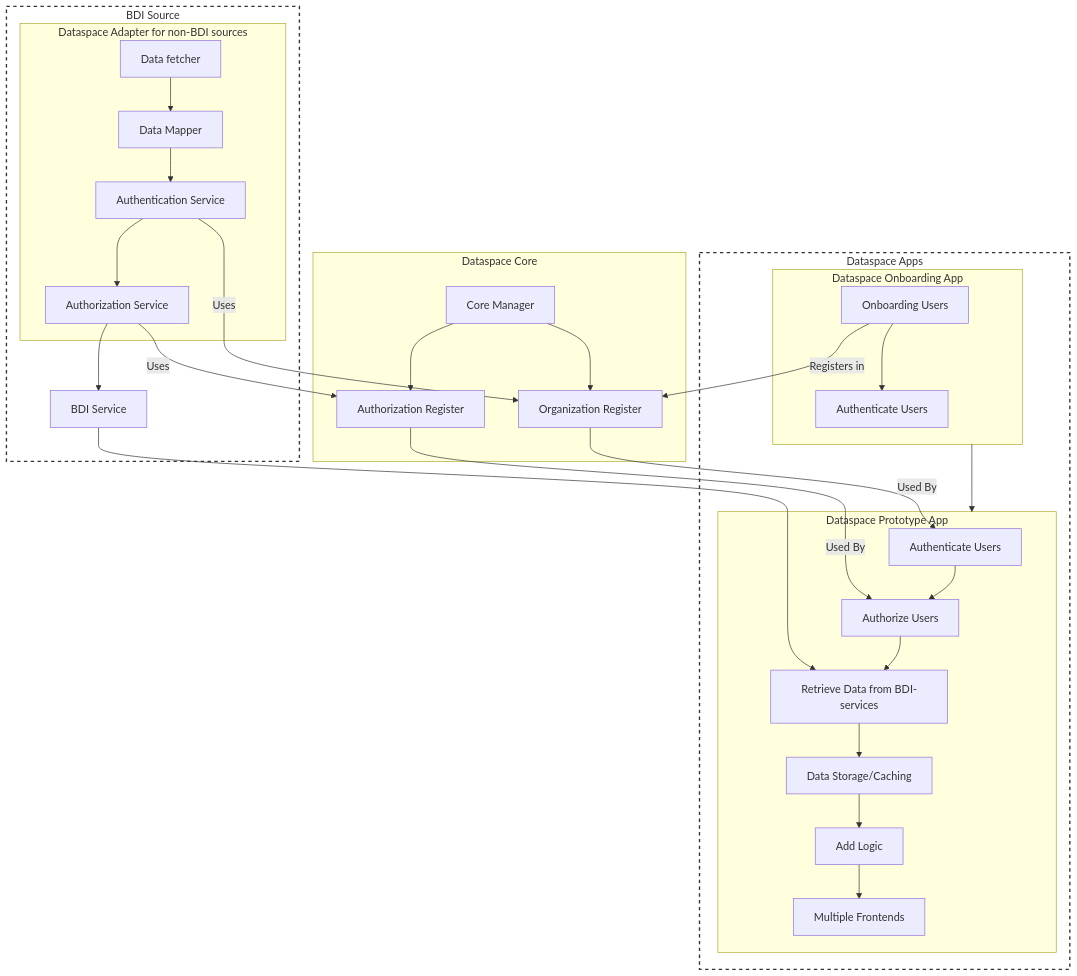
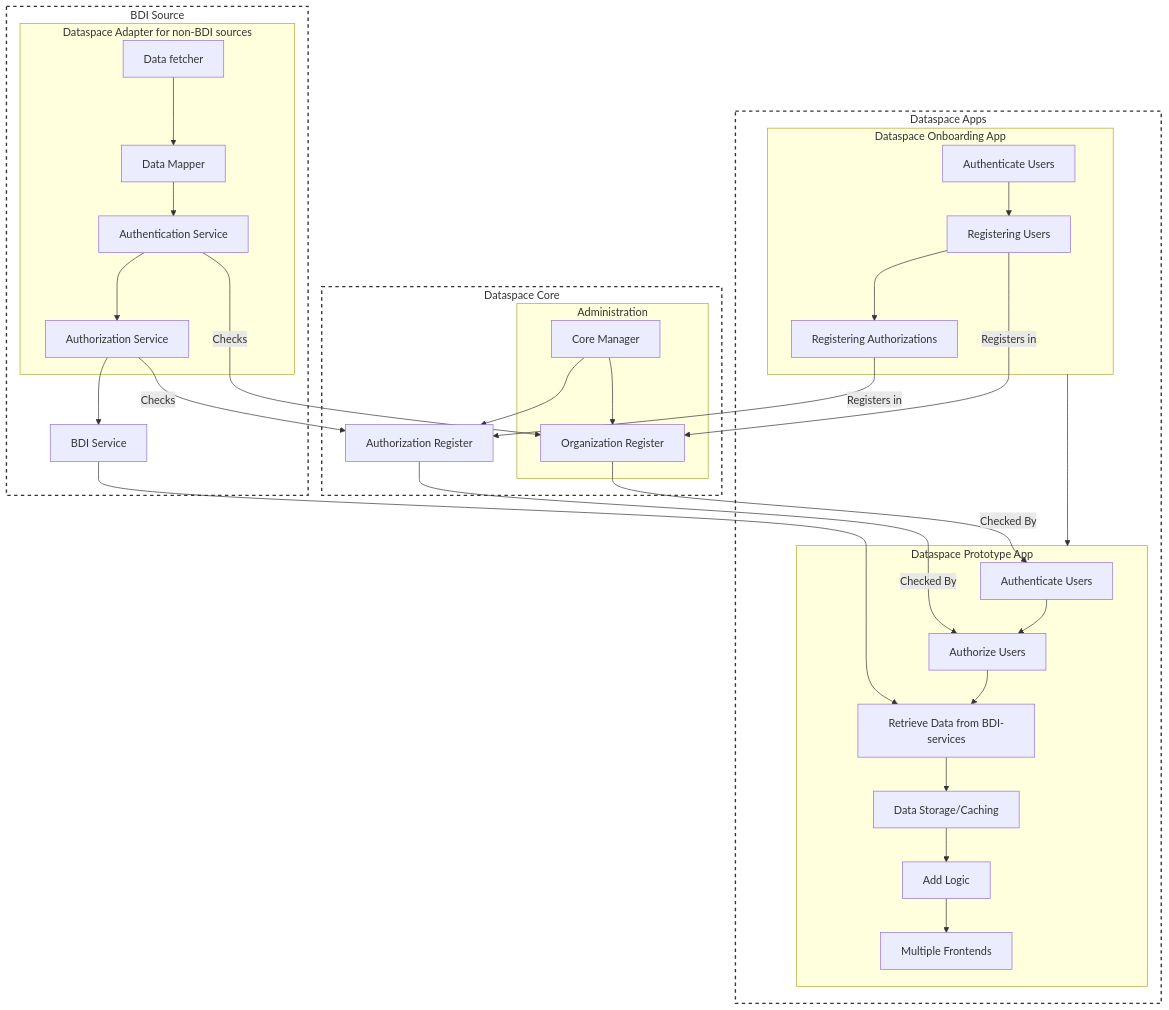
The diagram in Poort8.Dataspace.Wiki/architecture.md (POORT8/Poort8.Dataspace.NoodleBar), drawn with Mermaid before and after one commit.

Commit message:
updated onboarding app layout changes.

````diff
--- a/Poort8.Dataspace.Wiki/architecture.md
+++ b/Poort8.Dataspace.Wiki/architecture.md
@@ -2,76 +2,80 @@
 ```mermaid
 graph TD
 
 %% Dataspace Core
-
+style Core fill:transparent,stroke:#333,stroke-width:2px,stroke-dasharray: 5, 5;
 subgraph Core[Dataspace Core]
+subgraph Admin[Administration]
     CoreManager[Core Manager]
     organizationRegister[Organization Register]
-    AuthRegister[Authorization Register]
 end
-
+AuthRegister[Authorization Register]
+end
 
 %% BDI Source
 style BDIServiceExt fill:transparent,stroke:#333,stroke-width:2px,stroke-dasharray: 5, 5;
 subgraph BDIServiceExt[BDI Source]
     subgraph Dataspace_Adapter[Dataspace Adapter for non-BDI sources]
         DataFetcher[Data fetcher]
         DataMapper[Data Mapper]
         AuthService[Authentication Service]
         AuthzService[Authorization Service]
     end
     BDIServiceEndpoint[BDI Service]
 end
 
 
 
 %% Dataspace Apps
 style Dataspace_Apps fill:transparent,stroke:#333,stroke-width:2px,stroke-dasharray: 5, 5;
 subgraph Dataspace_Apps[Dataspace Apps]
     subgraph Onboarding[Dataspace Onboarding App]
-        OnboardingUsers[Onboarding Users]
+        RegisteringUsers[Registering Users]
         AuthUsers2[Authenticate Users]
+        AuthMan[Registering Authorizations]
     end
     subgraph Prototype[Dataspace Prototype App]
         AuthUsers[Authenticate Users]
         PEP[Authorize Users]
         RESTSrc[Retrieve Data from BDI-services]
         DataStore[Data Storage/Caching]
         Logic[Add Logic]
         FrontEnds[Multiple Frontends]
     end
 end
 
 
 
 %% Connections within Dataspace Adapter
 DataFetcher-->DataMapper
 DataMapper-->AuthService
 AuthService-->AuthzService
 
 %% Connections within Dataspace Core
 CoreManager-->organizationRegister
 CoreManager-->AuthRegister
 
 %% Dependencies
-OnboardingUsers-->|Registers in|organizationRegister
-AuthzService-->|Uses|AuthRegister
-AuthRegister-->|Used By|PEP
-AuthService-->|Uses|organizationRegister
-organizationRegister-->|Used By|AuthUsers
+RegisteringUsers-->|Registers in|organizationRegister
+AuthRegister-->|Checked By|PEP
+AuthService-->|Checks|organizationRegister
+organizationRegister-->|Checked By|AuthUsers
 AuthzService-->BDIServiceEndpoint
 BDIServiceEndpoint-->RESTSrc
+AuthMan-->|Registers in|AuthRegister
+AuthzService-->|Checks|AuthRegister
 
 
 %% Connections within Dataspace Apps
-OnboardingUsers-->AuthUsers2
+AuthUsers2-->RegisteringUsers
+RegisteringUsers-->AuthMan
 RESTSrc-->DataStore
 AuthUsers-->PEP
 PEP-->RESTSrc
 DataStore-->Logic
 Logic-->FrontEnds
 Onboarding-->Prototype
 
 
 
 ```
````
